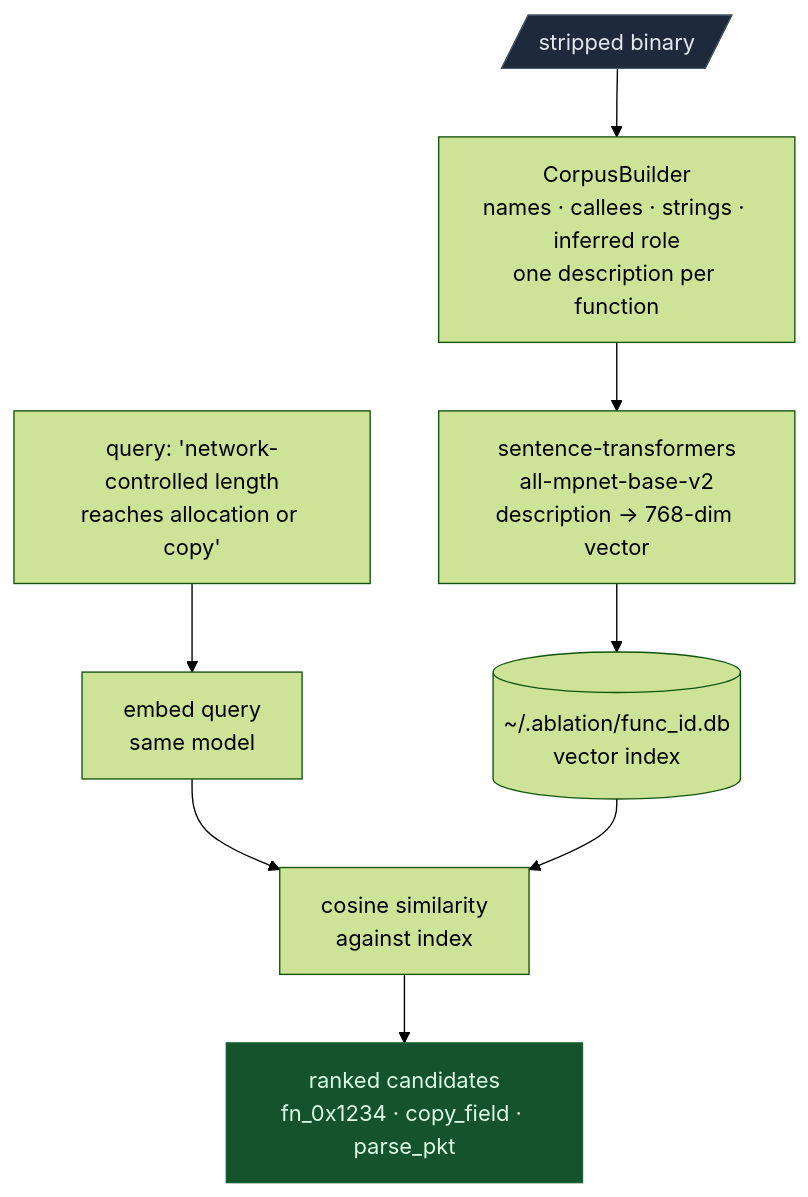
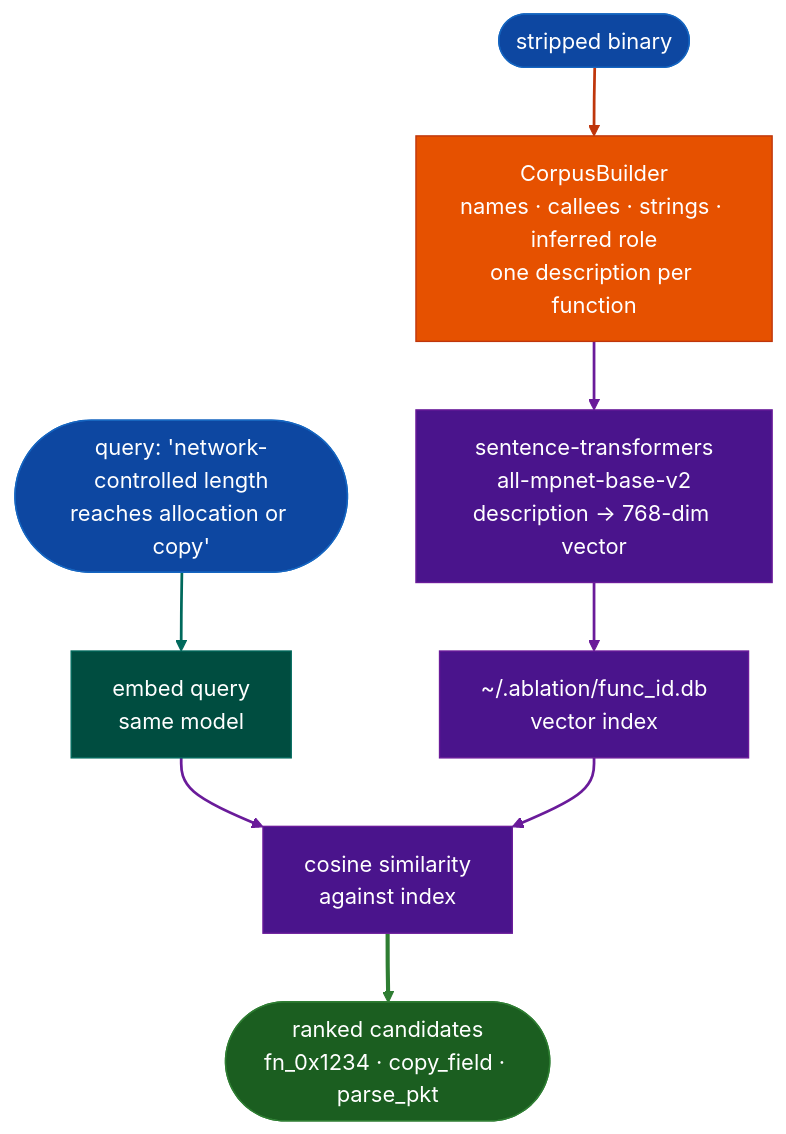
Before and after one commit to Ablation-Tool/ablation: the third of 22 diagrams in docs/overview.md, drawn with Mermaid (forest theme). The commit also changed other lines of this file and 320 other files, not shown here.

First line of the commit message:
docs: apply canonical Mermaid template to all 321 diagrams

````diff
--- a/docs/overview.md
+++ b/docs/overview.md
@@ -86,13 +100,23 @@
 ```mermaid
 flowchart TD
-    A[/"stripped binary"/] --> B["CorpusBuilder\nnames · callees · strings · inferred role\none description per function"]
-    B --> C["sentence-transformers\nall-mpnet-base-v2\ndescription → 768-dim vector"]
-    C --> D[("~/.ablation/func_id.db\nvector index")]
-    E["query: 'network-controlled length\nreaches allocation or copy'"] --> F["embed query\nsame model"]
-    F --> G["cosine similarity\nagainst index"]
-    D --> G
-    G --> H["ranked candidates\nfn_0x1234 · copy_field · parse_pkt"]
-
-    style A fill:#1e293b,stroke:#475569,color:#e2e8f0
-    style H fill:#14532d,stroke:#166534,color:#dcfce7
+    A(["stripped binary"]):::input --> B["CorpusBuilder\nnames · callees · strings · inferred role\none description per function"]:::primary
+    B:::primary --> C["sentence-transformers\nall-mpnet-base-v2\ndescription → 768-dim vector"]:::tertiary
+    C:::tertiary --> D["~/.ablation/func_id.db\nvector index"]:::tertiary
+    E(["query: 'network-controlled length\nreaches allocation or copy'"]):::input --> F["embed query\nsame model"]:::secondary
+    F:::secondary --> G["cosine similarity\nagainst index"]:::tertiary
+    D:::tertiary --> G:::tertiary
+    G:::tertiary --> H(["ranked candidates\nfn_0x1234 · copy_field · parse_pkt"]):::output
+    classDef input     fill:#0d47a1,stroke:#1565c0,color:#fff
+    classDef primary   fill:#e65100,stroke:#bf360c,color:#fff
+    classDef secondary fill:#004d40,stroke:#00695c,color:#fff
+    classDef tertiary  fill:#4a148c,stroke:#6a1b9a,color:#fff
+    classDef neutral   fill:#37474f,stroke:#546e7a,color:#fff
+    classDef output    fill:#1b5e20,stroke:#2e7d32,color:#fff
+    linkStyle 0 stroke:#bf360c,stroke-width:2px
+    linkStyle 1 stroke:#6a1b9a,stroke-width:2px
+    linkStyle 2 stroke:#6a1b9a,stroke-width:2px
+    linkStyle 3 stroke:#00695c,stroke-width:2px
+    linkStyle 4 stroke:#6a1b9a,stroke-width:2px
+    linkStyle 5 stroke:#6a1b9a,stroke-width:2px
+    linkStyle 6 stroke:#2e7d32,stroke-width:3px
 ```
````
